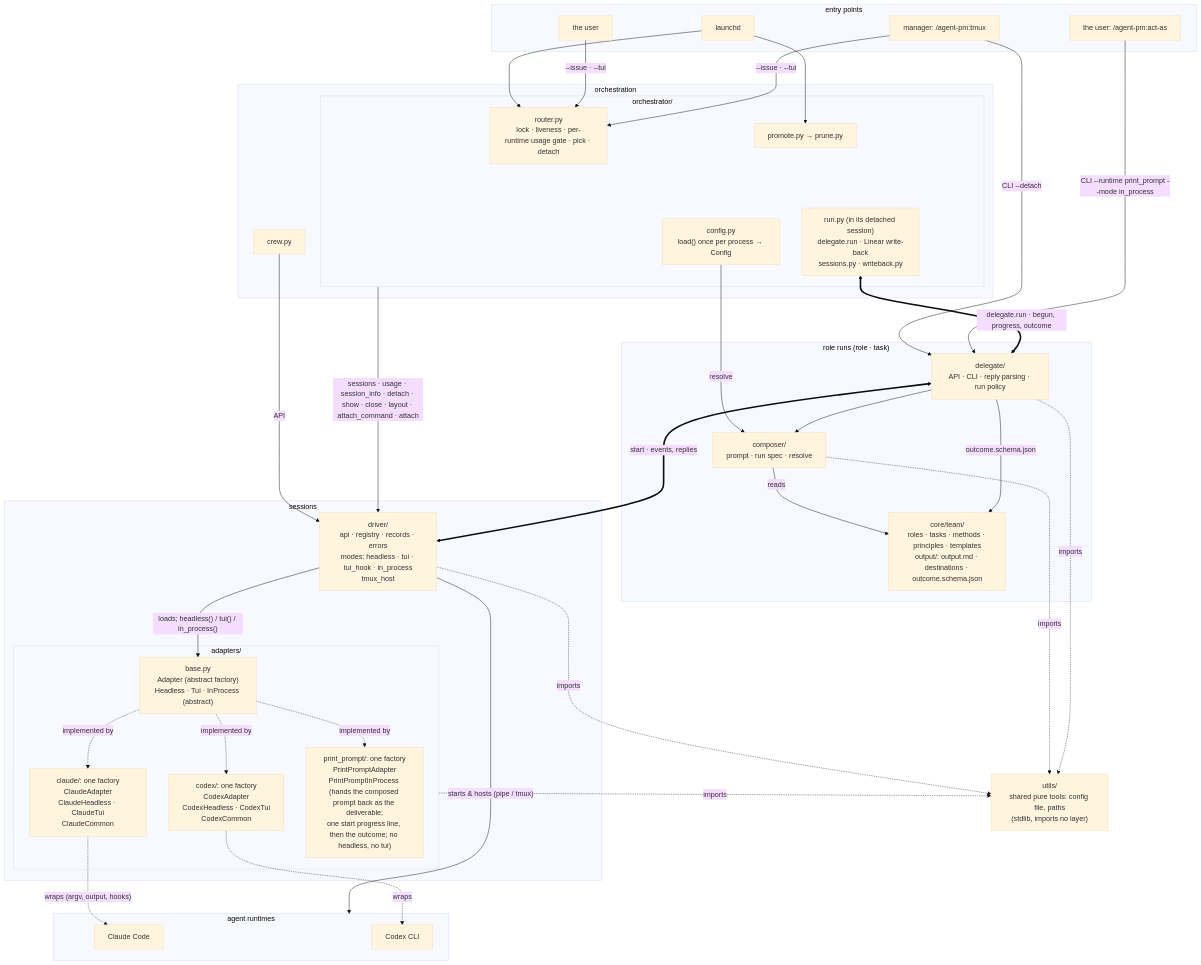
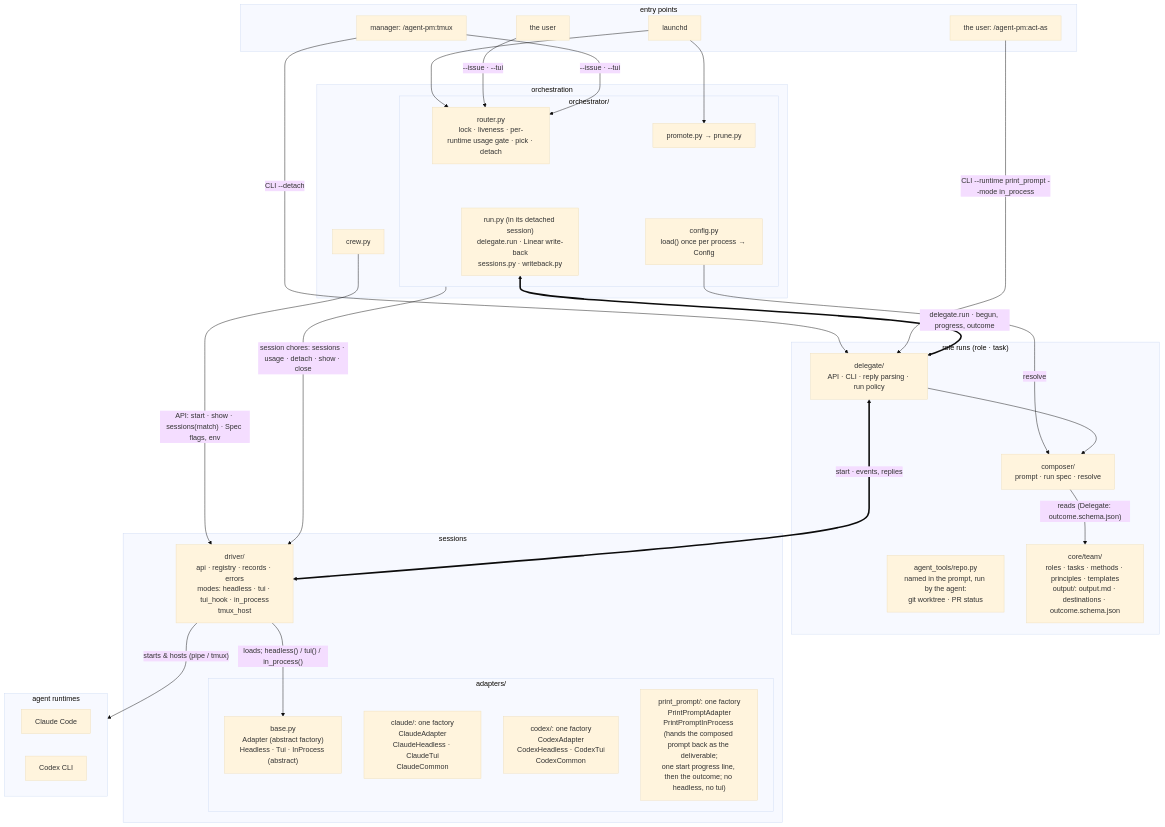
The second of 4 diagrams in README.md (ophis/agent-pm), drawn with Mermaid (base theme) before and after one commit. The commit also changed other lines of this file, not shown here.

Commit message:
README: architecture diagram with fewer edges, utils undrawn, agent_tools, crew sessions()
Claude-Session: https://claude.ai/code/session_01DWNTKp8E4ZkndBswMuqLEu

````diff
--- a/README.md
+++ b/README.md
@@ -20,62 +20,53 @@
 ```mermaid
 flowchart TB
   subgraph EN[entry points]
     LD[launchd]
     HU[the user]
     M["manager: /agent-pm:tmux"]
     A["the user: /agent-pm:act-as"]
   end
   subgraph L1[orchestration]
     subgraph OR[orchestrator/]
       R["router.py<br>lock · liveness · per-runtime usage gate · pick · detach"]
       RU["run.py (in its detached session)<br>delegate.run · Linear write-back<br>sessions.py · writeback.py"]
       PP["promote.py → prune.py"]
       CF["config.py<br>load() once per process → Config"]
     end
     W[crew.py]
   end
   subgraph L2["role runs (role · task)"]
     D["delegate/<br>API · CLI · reply parsing · run policy"]
     C["composer/<br>prompt · run spec · resolve"]
+    AT["agent_tools/repo.py<br>named in the prompt, run by the agent:<br>git worktree · PR status"]
     T["core/team/<br>roles · tasks · methods · principles · templates<br>output/: output.md · destinations · outcome.schema.json"]
   end
   subgraph L3[sessions]
     DR["driver/<br>api · registry · records · errors<br>modes: headless · tui · tui_hook · in_process<br>tmux_host"]
     subgraph AD[adapters/]
       B["base.py<br>Adapter (abstract factory)<br>Headless · Tui · InProcess (abstract)"]
       CL["claude/: one factory<br>ClaudeAdapter<br>ClaudeHeadless · ClaudeTui<br>ClaudeCommon"]
       CX["codex/: one factory<br>CodexAdapter<br>CodexHeadless · CodexTui<br>CodexCommon"]
       PP2["print_prompt/: one factory<br>PrintPromptAdapter<br>PrintPromptInProcess (hands the composed prompt back as the deliverable;<br>one start progress line, then the outcome; no headless, no tui)"]
     end
   end
-  U["utils/<br>shared pure tools: config file, paths<br>(stdlib, imports no layer)"]
   subgraph RT[agent runtimes]
     P1[Claude Code]
     P2[Codex CLI]
   end
   LD --> R & PP
-  HU -->|"--issue · --tui"| R
-  M -->|"--issue · --tui"| R
+  HU & M -->|"--issue · --tui"| R
   M -->|"CLI --detach"| D
   A -->|"CLI --runtime print_prompt --mode in_process"| D
-  W -->|API| DR
+  W -->|"API: start · show · sessions(match) · Spec flags, env"| DR
   RU <==>|"delegate.run · begun, progress, outcome"| D
   CF -->|resolve| C
-  OR -->|"sessions · usage · session_info · detach · show · close · layout · attach_command · attach"| DR
+  OR -->|"session chores: sessions · usage · detach · show · close"| DR
   D --> C
-  C -->|reads| T
-  D -->|"outcome.schema.json"| T
+  C -->|"reads (Delegate: outcome.schema.json)"| T
   D <==>|"start · events, replies"| DR
   DR -->|"loads; headless() / tui() / in_process()"| B
-  B -.->|implemented by| CL & CX & PP2
   DR -->|"starts & hosts (pipe / tmux)"| RT
-  CL -.->|"wraps (argv, output, hooks)"| P1
-  CX -.->|wraps| P2
-  C -.->|imports| U
-  DR -.->|imports| U
-  AD -.->|imports| U
-  D -.->|imports| U
   R ~~~ RU
   PP ~~~ CF
   C ~~~ DR
 ```
````
